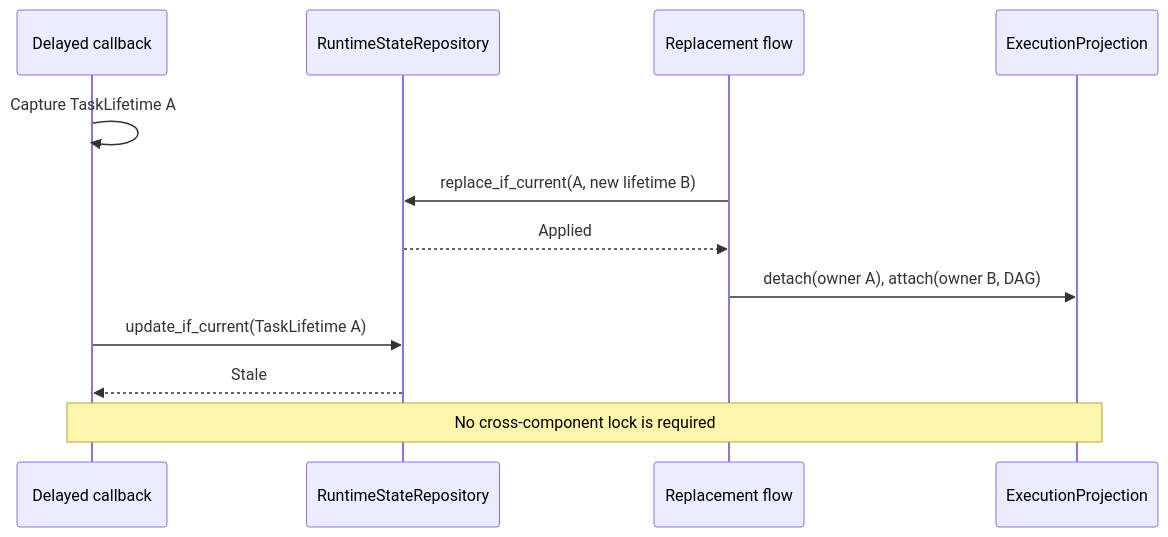
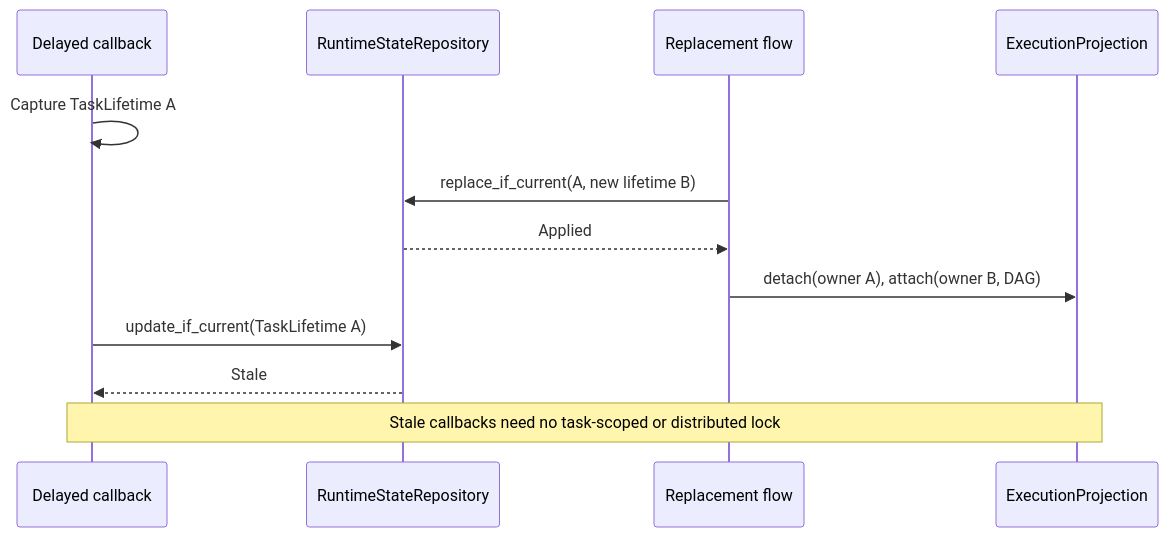
One commit to taikoxyz/raiko2 changed the fifth of 14 diagrams in docs/architecture.md. Above: the diagram before and after it, drawn with Mermaid. The commit also changed other lines of this file and 39 other files, not shown here.

````diff
--- a/docs/architecture.md
+++ b/docs/architecture.md
@@ -223,15 +298,15 @@
 ```mermaid
 sequenceDiagram
   participant A as Delayed callback
   participant State as RuntimeStateRepository
   participant B as Replacement flow
   participant Queue as ExecutionProjection
 
   A->>A: Capture TaskLifetime A
   B->>State: replace_if_current(A, new lifetime B)
   State-->>B: Applied
   B->>Queue: detach(owner A), attach(owner B, DAG)
   A->>State: update_if_current(TaskLifetime A)
   State-->>A: Stale
-  Note over A,Queue: No cross-component lock is required
+  Note over A,Queue: Stale callbacks need no task-scoped or distributed lock
 ```
````
